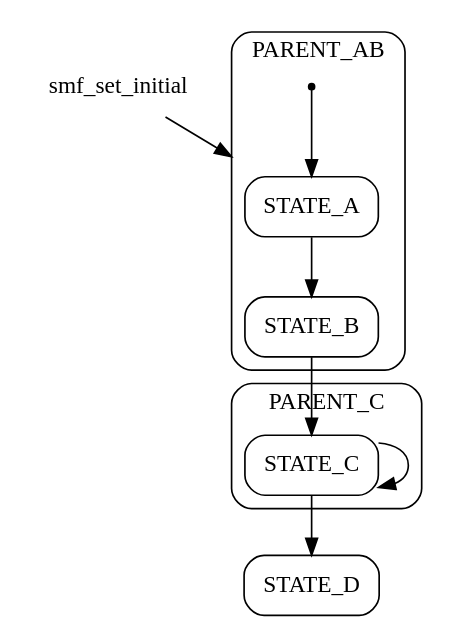
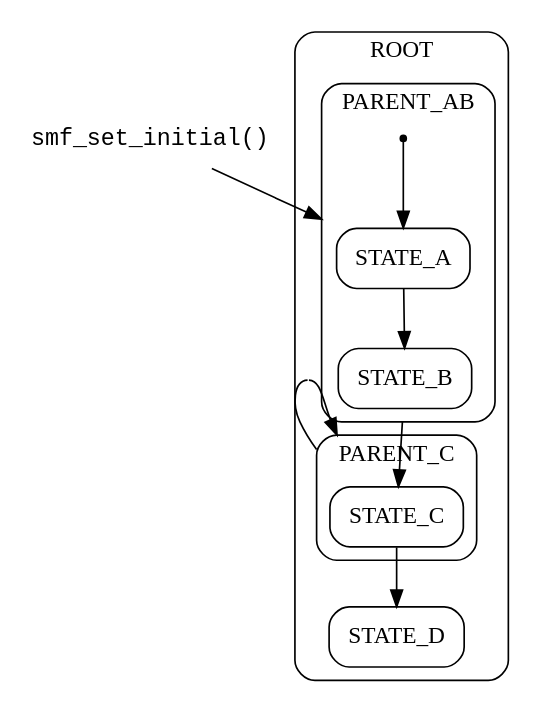
One commit to phytec/zephyr-phytec changed the fourth of 4 diagrams in doc/services/smf/index.rst. Above: the diagram before and after it, drawn with Graphviz. The commit also changed other lines of this file and 8 other files, not shown here.

First line of the commit message:
Lib: SMF Modify HSM operation for UML-Style transitions

```diff
--- a/doc/services/smf/index.rst
+++ b/doc/services/smf/index.rst
@@ -509,30 +530,38 @@
 .. graphviz::
-   :caption: Test state machine for initial transitions and ``smf_set_handled``
+   :caption: Test state machine for UML State Transitions
 
    digraph smf_hierarchical_initial {
       compound=true;
       node [style = rounded];
-      smf_set_initial [shape=plaintext];
+      "smf_set_initial()" [shape=plaintext fontname=Courier];
       ab_init_state [shape = point];
       STATE_A [shape = box];
       STATE_B [shape = box];
       STATE_C [shape = box];
       STATE_D [shape = box];
+      DC[shape=point height=0 width=0 label=<>]
 
-      subgraph cluster_ab {
-         label = "PARENT_AB";
+      subgraph cluster_root {
+         label = "ROOT";
          style = rounded;
-         ab_init_state -> STATE_A;
-         STATE_A -> STATE_B;
+
+         subgraph cluster_ab {
+            label = "PARENT_AB";
+            style = rounded;
+            ab_init_state -> STATE_A;
+            STATE_A -> STATE_B;
+         }
+
+         subgraph cluster_c {
+            label = "PARENT_C";
+            style = rounded;
+            STATE_B -> STATE_C [ltail=cluster_ab]
+         }
+
+         STATE_C -> DC [ltail=cluster_c, dir=none];
+         DC -> STATE_C [lhead=cluster_c];
+         STATE_C -> STATE_D
       }
 
-      subgraph cluster_c {
-         label = "PARENT_C";
-         style = rounded;
-	 STATE_C -> STATE_C
-      }
-
-      smf_set_initial -> STATE_A [lhead=cluster_ab]
-      STATE_B -> STATE_C
-      STATE_C -> STATE_D
+      "smf_set_initial()" -> STATE_A [lhead=cluster_ab]
    }
```
